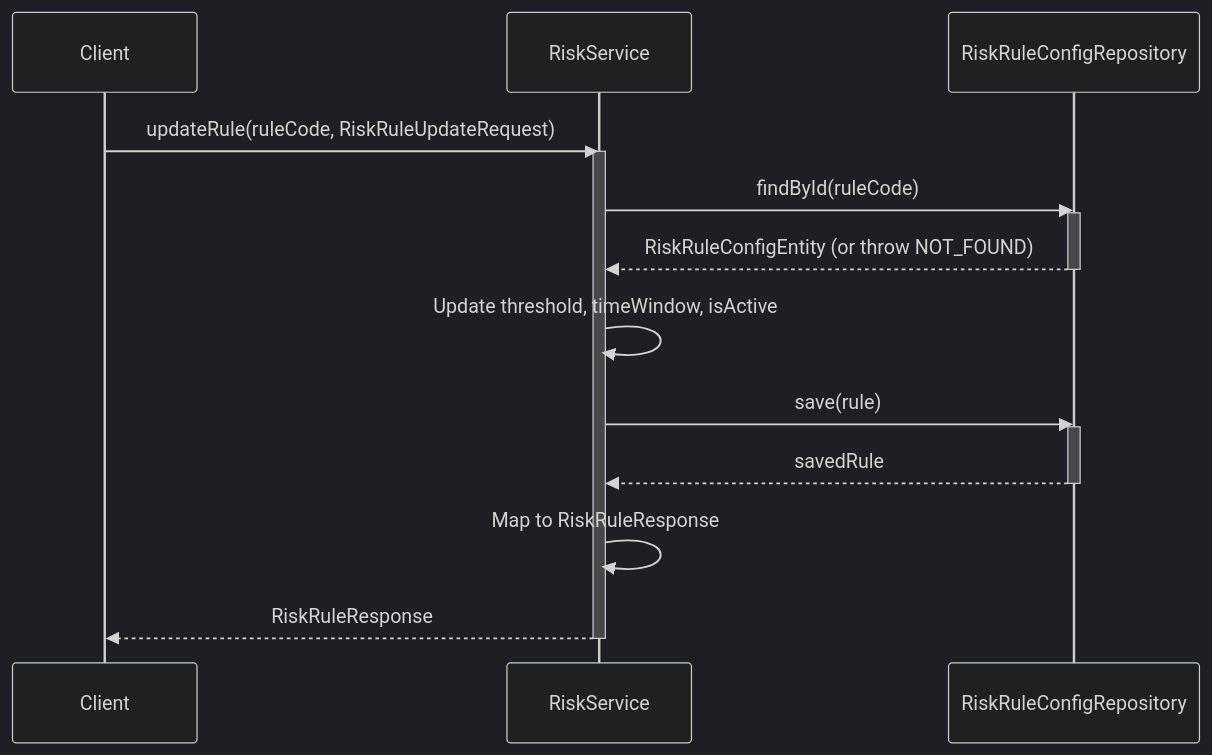
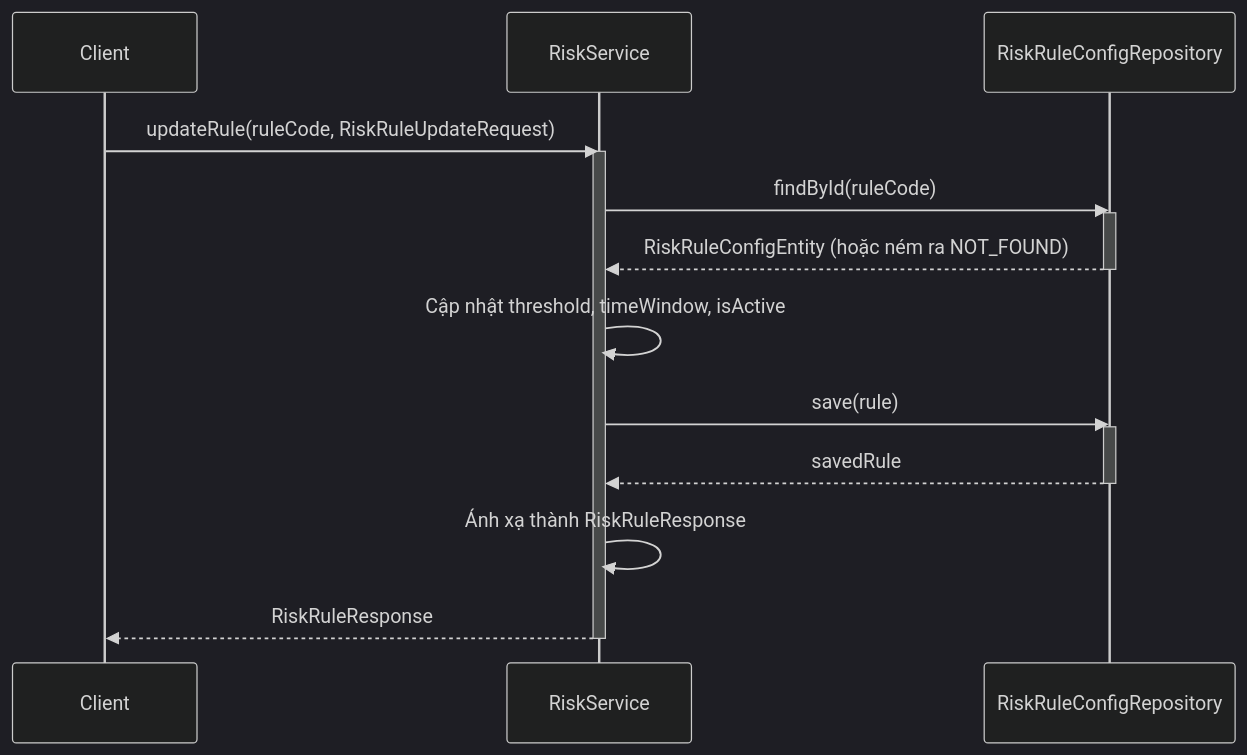
Before and after one commit to aquoc09/easymall: the first of 3 diagrams in .agent/sequence/risk_alert_service_sequence_diagrams.md, drawn with Mermaid (dark theme). The commit also changed other lines of this file and 18 other files, not shown here.

Commit message:
UPDATE: Sequence diagram vietnamese

````diff
--- a/.agent/sequence/risk_alert_service_sequence_diagrams.md
+++ b/.agent/sequence/risk_alert_service_sequence_diagrams.md
@@ -9,26 +9,26 @@
 ```mermaid
 sequenceDiagram
     participant Client
     participant RiskService
     participant RiskRuleConfigRepository
 
     Client->>RiskService: updateRule(ruleCode, RiskRuleUpdateRequest)
     activate RiskService
 
     RiskService->>RiskRuleConfigRepository: findById(ruleCode)
     activate RiskRuleConfigRepository
-    RiskRuleConfigRepository-->>RiskService: RiskRuleConfigEntity (or throw NOT_FOUND)
+    RiskRuleConfigRepository-->>RiskService: RiskRuleConfigEntity (hoặc ném ra NOT_FOUND)
     deactivate RiskRuleConfigRepository
 
-    RiskService->>RiskService: Update threshold, timeWindow, isActive
+    RiskService->>RiskService: Cập nhật threshold, timeWindow, isActive
 
     RiskService->>RiskRuleConfigRepository: save(rule)
     activate RiskRuleConfigRepository
     RiskRuleConfigRepository-->>RiskService: savedRule
     deactivate RiskRuleConfigRepository
 
-    RiskService->>RiskService: Map to RiskRuleResponse
+    RiskService->>RiskService: Ánh xạ thành RiskRuleResponse
 
     RiskService-->>Client: RiskRuleResponse
     deactivate RiskService
 ```
````
